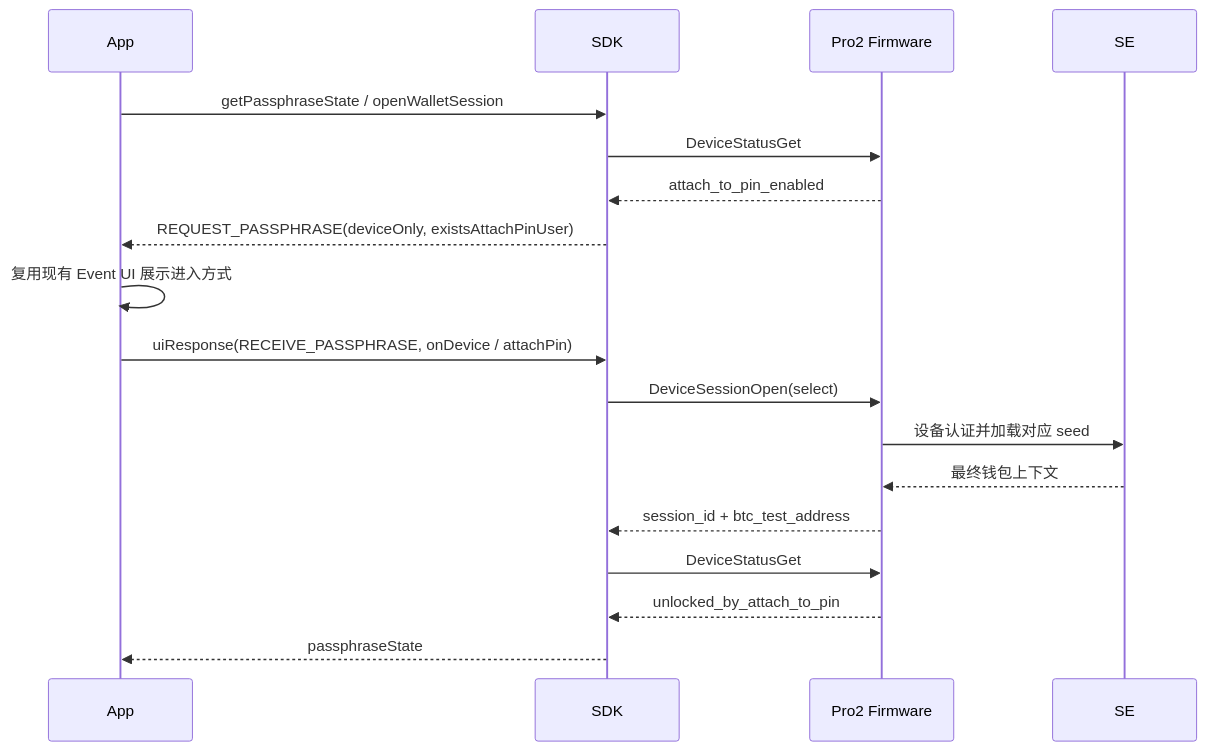
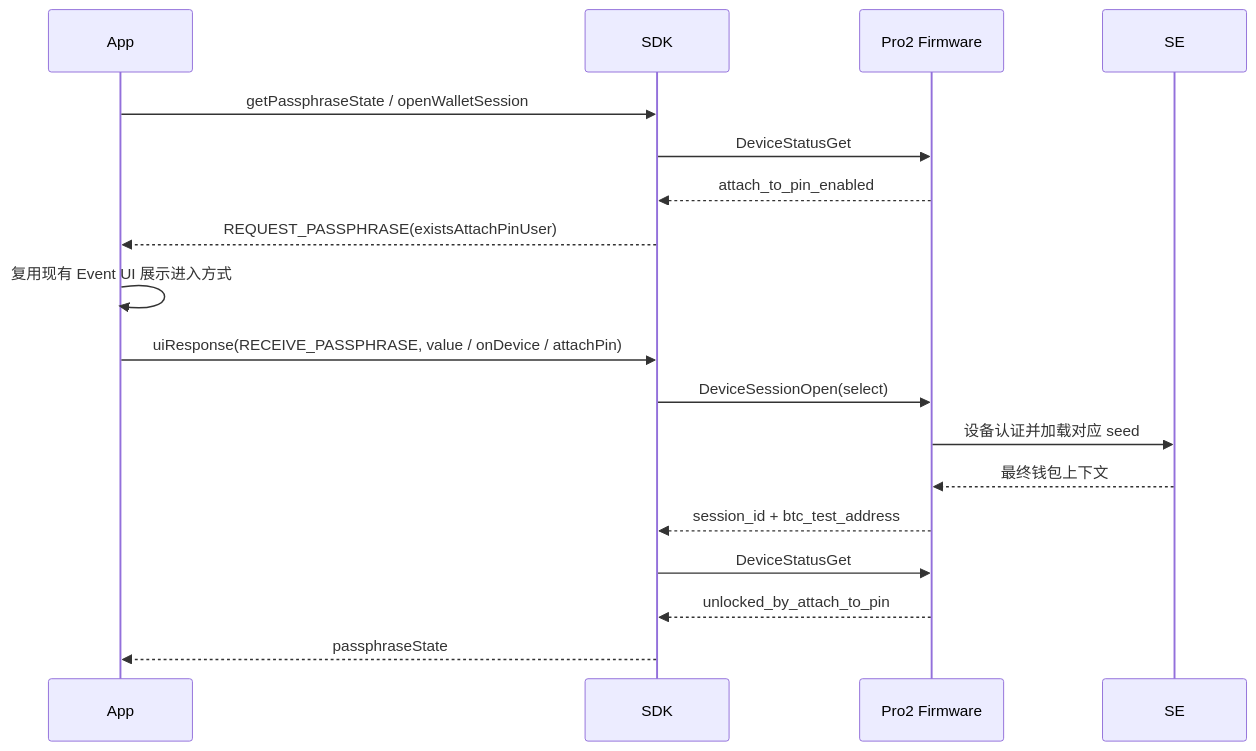
Before and after one commit to OneKeyHQ/hardware-js-sdk: the second of 4 diagrams in docs/superpowers/specs/2026-07-16-pro2-eventless-wallet-session-design.md, drawn with Mermaid. The commit also changed other lines of this file and 29 other files, not shown here.

Commit message:
feat(pro2): add explicit wallet session open flow

````diff
--- a/docs/superpowers/specs/2026-07-16-pro2-eventless-wallet-session-design.md
+++ b/docs/superpowers/specs/2026-07-16-pro2-eventless-wallet-session-design.md
@@ -108,21 +143,21 @@
 ```mermaid
 sequenceDiagram
     participant App
     participant SDK
     participant Device as Pro2 Firmware
     participant SE
 
     App->>SDK: getPassphraseState / openWalletSession
     SDK->>Device: DeviceStatusGet
     Device-->>SDK: attach_to_pin_enabled
-    SDK-->>App: REQUEST_PASSPHRASE(deviceOnly, existsAttachPinUser)
+    SDK-->>App: REQUEST_PASSPHRASE(existsAttachPinUser)
     App->>App: 复用现有 Event UI 展示进入方式
-    App->>SDK: uiResponse(RECEIVE_PASSPHRASE, onDevice / attachPin)
+    App->>SDK: uiResponse(RECEIVE_PASSPHRASE, value / onDevice / attachPin)
     SDK->>Device: DeviceSessionOpen(select)
     Device->>SE: 设备认证并加载对应 seed
     SE-->>Device: 最终钱包上下文
     Device-->>SDK: session_id + btc_test_address
     SDK->>Device: DeviceStatusGet
     Device-->>SDK: unlocked_by_attach_to_pin
     SDK-->>App: passphraseState
 ```
````
